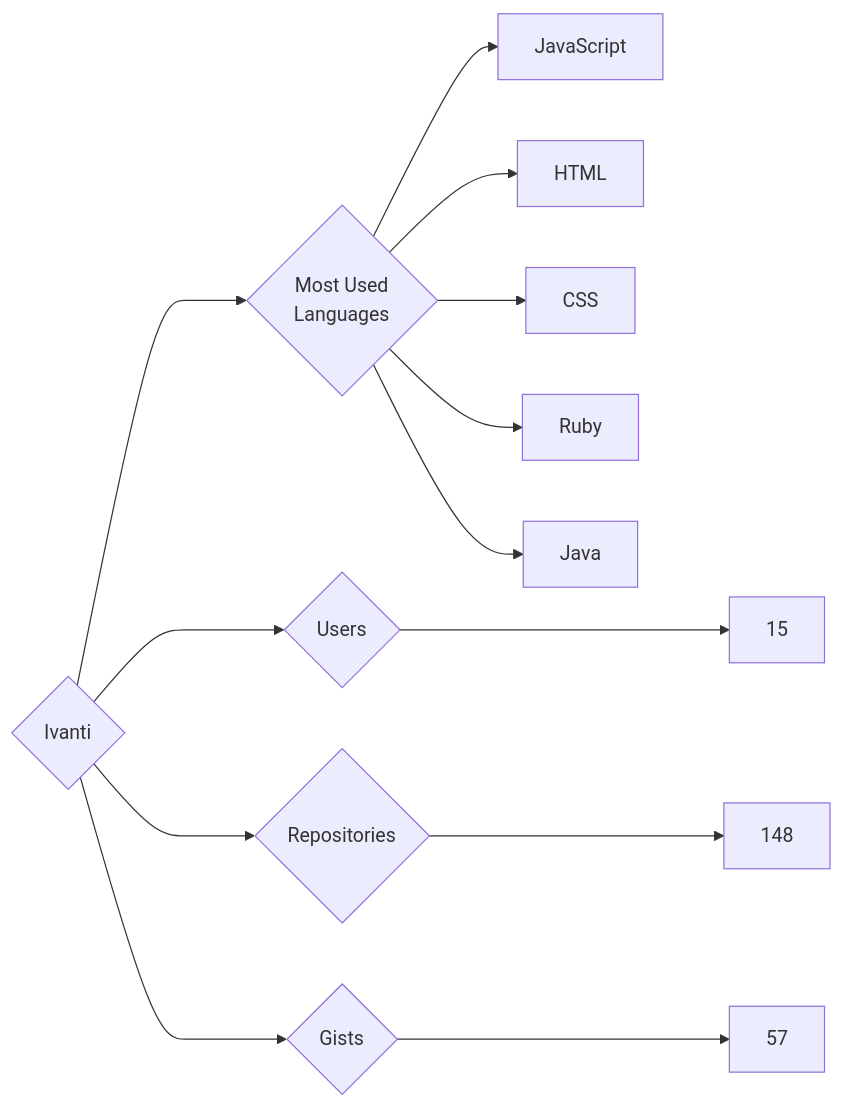
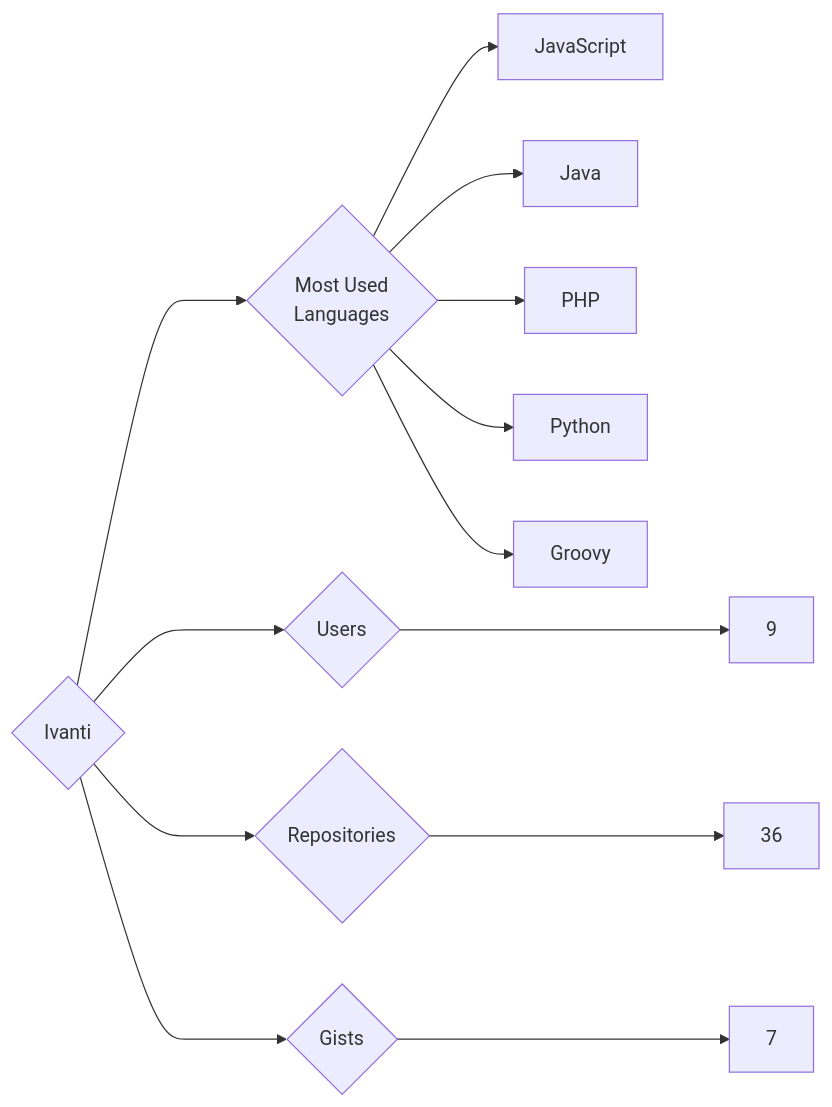
One commit to trickest/insiders changed the diagram in targets/Ivanti/README.md. Above: the diagram before and after it, drawn with Mermaid. The commit also changed 932 other files, not shown here.

````diff
--- a/targets/Ivanti/README.md
+++ b/targets/Ivanti/README.md
@@ -3,13 +3,13 @@
 ```mermaid
 graph LR
 COMPANY_NAME{Ivanti}
-COMPANY_NAME ---> U{Users} ---> UN[15]
-COMPANY_NAME ---> R{Repositories} ---> RN[148]
-COMPANY_NAME ---> G{Gists} ---> GN[57]
+COMPANY_NAME ---> U{Users} ---> UN[9]
+COMPANY_NAME ---> R{Repositories} ---> RN[36]
+COMPANY_NAME ---> G{Gists} ---> GN[7]
 COMPANY_NAME ---> ML{Most Used<br>Languages}
 ML --> JavaScript[JavaScript]
-ML --> HTML[HTML]
-ML --> CSS[CSS]
-ML --> Ruby[Ruby]
 ML --> Java[Java]
+ML --> PHP[PHP]
+ML --> Python[Python]
+ML --> Groovy[Groovy]
 ```
````
